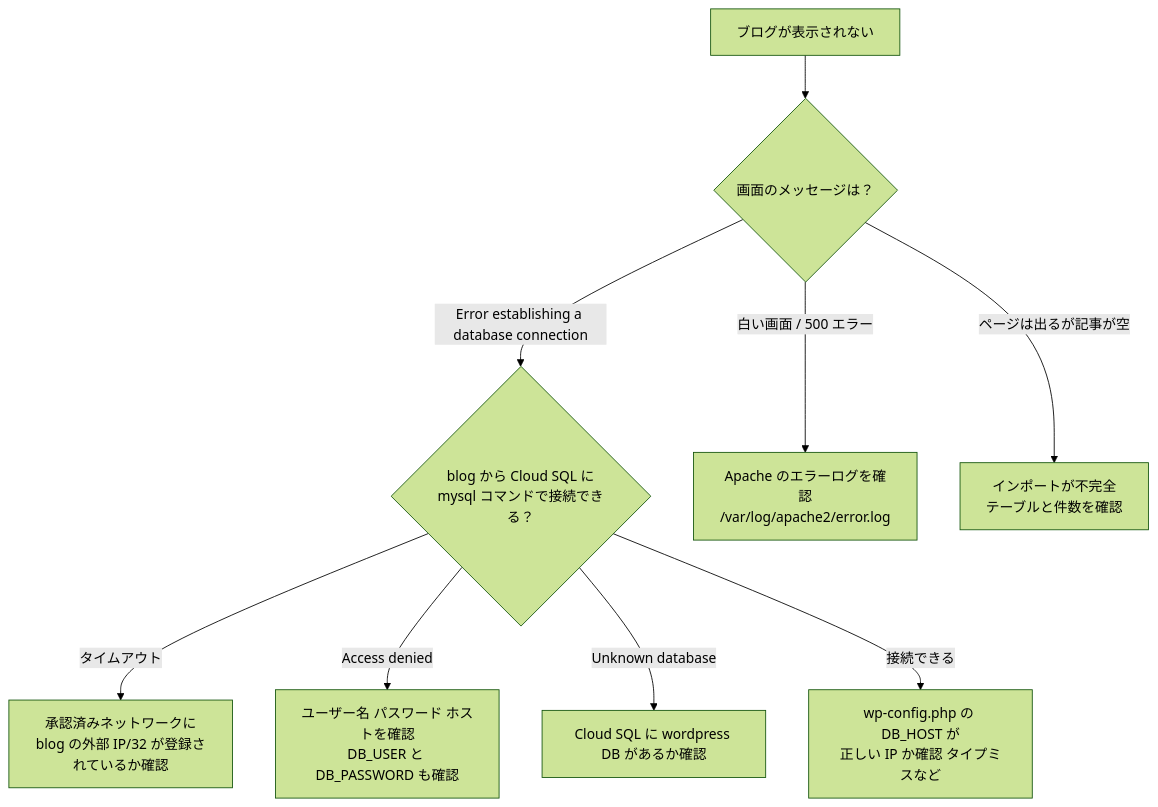
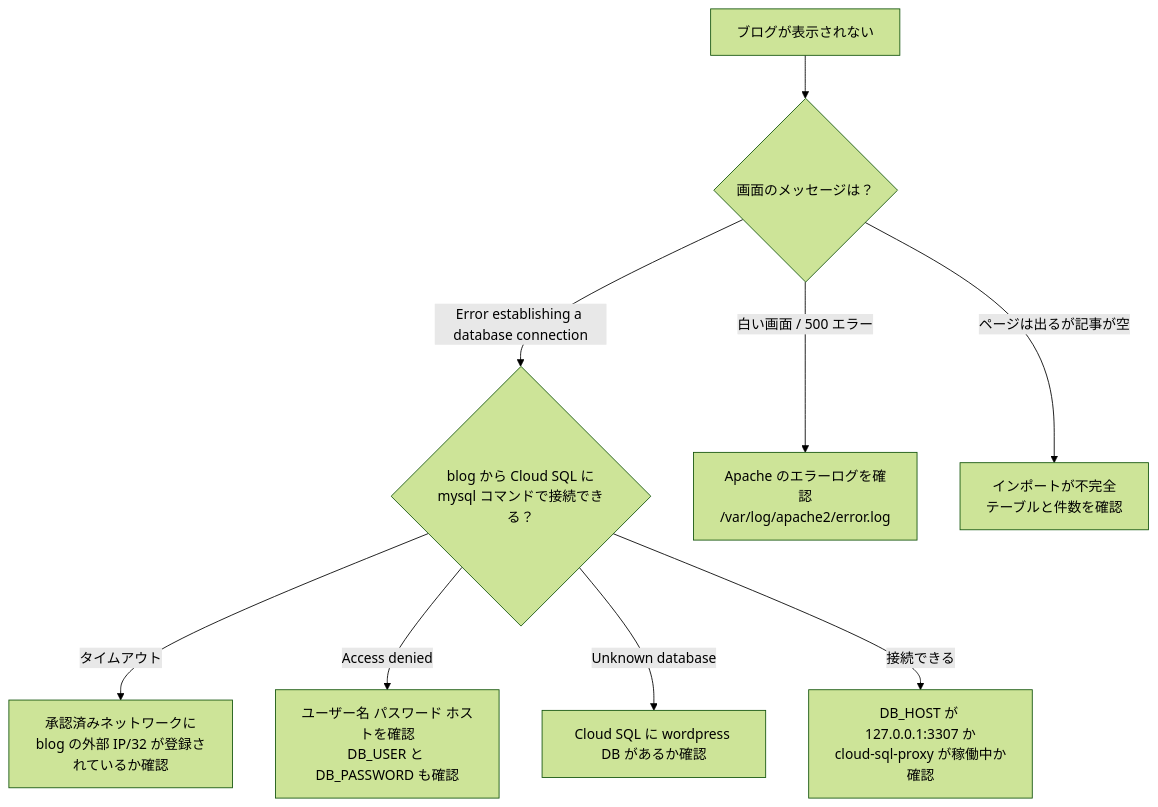
Before and after one commit to myoshi2891/Cloud-Infrastructure-and-Network-Studies: the ninth of 10 diagrams in Gcp-cloudsql-wordpress-migration-guide.md, drawn with Mermaid (forest theme). The commit also changed other lines of this file and 2 other files, not shown here.

Commit message:
docs(gcp): route wordpress through auth proxy and harden cleanup checks in apache and bastion guides

````diff
--- a/Gcp-cloudsql-wordpress-migration-guide.md
+++ b/Gcp-cloudsql-wordpress-migration-guide.md
@@ -722,11 +773,11 @@
 ```mermaid
 flowchart TD
     A["ブログが表示されない"] --> B{"画面のメッセージは？"}
     B -->|"Error establishing a database connection"| C{"blog から Cloud SQL に<br/>mysql コマンドで接続できる？"}
     B -->|"白い画面 / 500 エラー"| H["Apache のエラーログを確認<br/>/var/log/apache2/error.log"]
     B -->|"ページは出るが記事が空"| I["インポートが不完全<br/>テーブルと件数を確認"]
     C -->|"タイムアウト"| D["承認済みネットワークに<br/>blog の外部 IP/32 が登録されているか確認"]
     C -->|"Access denied"| E["ユーザー名 パスワード ホストを確認<br/>DB_USER と DB_PASSWORD も確認"]
     C -->|"Unknown database"| F["Cloud SQL に wordpress DB があるか確認"]
-    C -->|"接続できる"| G["wp-config.php の DB_HOST が<br/>正しい IP か確認 タイプミスなど"]
+    C -->|"接続できる"| G["DB_HOST が 127.0.0.1:3307 か<br/>cloud-sql-proxy が稼働中か確認"]
 ```
````
